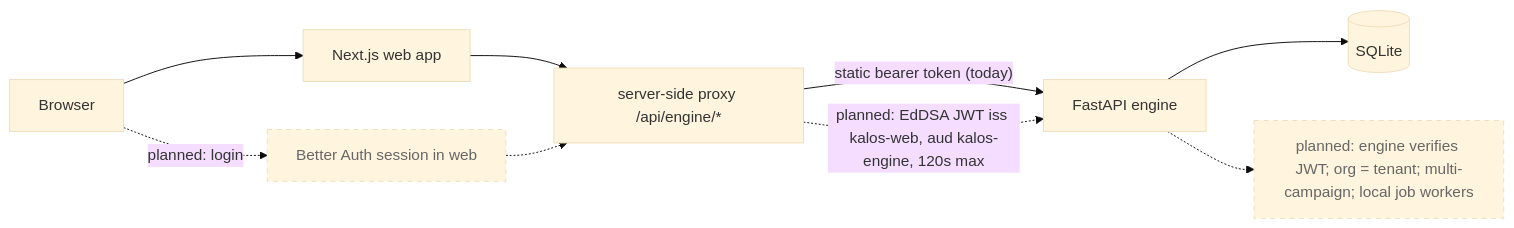
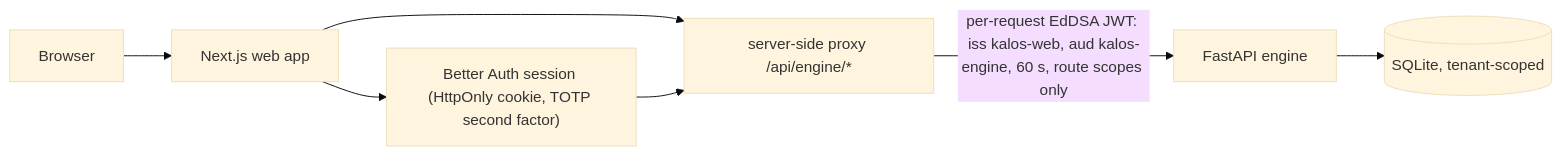
Before and after one commit to itsbrendandang/kalos-web: the diagram in README.md, drawn with Mermaid (base theme). The commit also changed other lines of this file and 349 other files, not shown here.

````diff
--- a/README.md
+++ b/README.md
@@ -59,13 +67,9 @@
 ```mermaid
 flowchart LR
   B[Browser] --> W["Next.js web app"]
+  W --> A["Better Auth session (HttpOnly cookie, TOTP second factor)"]
   W --> P["server-side proxy /api/engine/*"]
-  P -->|"static bearer token (today)"| E["FastAPI engine"]
-  E --> S[("SQLite")]
-  B -.->|"planned: login"| A["Better Auth session in web"]
-  A -.-> P
-  P -.->|"planned: EdDSA JWT iss kalos-web, aud kalos-engine, 120s max"| E
-  E -.-> V["planned: engine verifies JWT; org = tenant; multi-campaign; local job workers"]
-  classDef planned stroke-dasharray: 5 5,color:#666;
-  class A,V planned;
+  A --> P
+  P -->|"per-request EdDSA JWT: iss kalos-web, aud kalos-engine, 60 s, route scopes only"| E["FastAPI engine"]
+  E --> S[("SQLite, tenant-scoped")]
 ```
````
